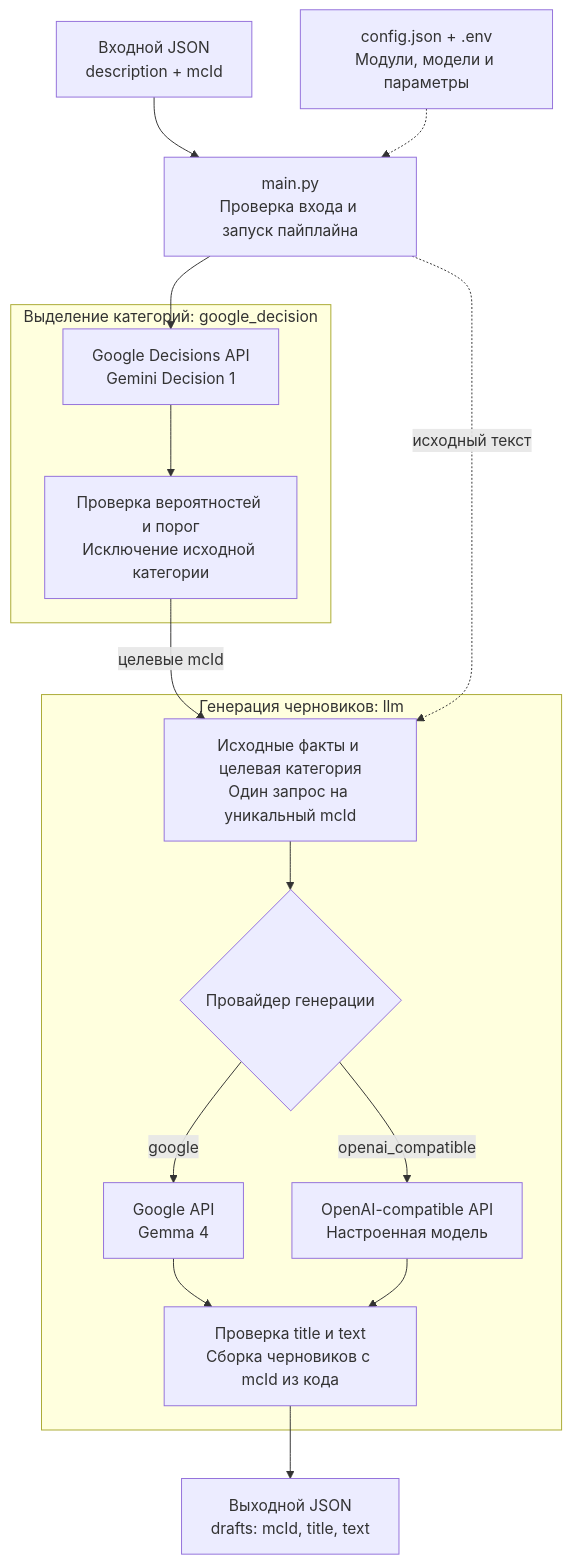
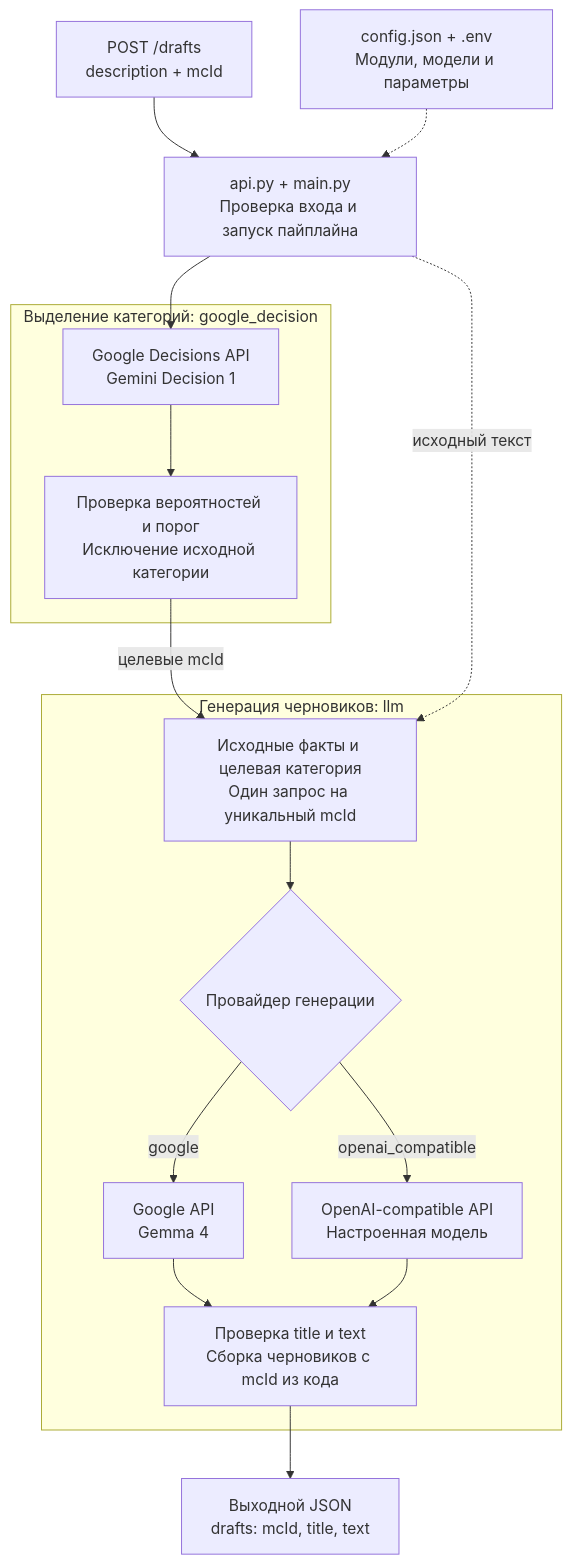
One commit to one-zero-eight/hackathon-innoglobalhack-avito changed the diagram in docs/architecture.md. Above: the diagram before and after it, drawn with Mermaid. The commit also changed other lines of this file and 22 other files, not shown here.

````diff
--- a/docs/architecture.md
+++ b/docs/architecture.md
@@ -3,21 +3,21 @@
 ```mermaid
 flowchart TD
-    INPUT["Входной JSON<br/>description + mcId"] --> MAIN["main.py<br/>Проверка входа и запуск пайплайна"]
+    INPUT["POST /drafts<br/>description + mcId"] --> MAIN["api.py + main.py<br/>Проверка входа и запуск пайплайна"]
     CONFIG["config.json + .env<br/>Модули, модели и параметры"] -.-> MAIN
 
     subgraph EXTRACTION["Выделение категорий: google_decision"]
         DECISION["Google Decisions API<br/>Gemini Decision 1"] --> TARGETS["Проверка вероятностей и порог<br/>Исключение исходной категории"]
     end
     MAIN --> DECISION
 
     subgraph GENERATION["Генерация черновиков: llm"]
         PROMPT["Исходные факты и целевая категория<br/>Один запрос на уникальный mcId"] --> PROVIDER{"Провайдер генерации"}
         PROVIDER -->|google| GEMMA["Google API<br/>Gemma 4"]
         PROVIDER -->|openai_compatible| CHAT["OpenAI-compatible API<br/>Настроенная модель"]
         GEMMA --> VALIDATE["Проверка title и text<br/>Сборка черновиков с mcId из кода"]
         CHAT --> VALIDATE
     end
     TARGETS -->|целевые mcId| PROMPT
     MAIN -.->|исходный текст| PROMPT
     VALIDATE --> OUTPUT["Выходной JSON<br/>drafts: mcId, title, text"]
 ```
````
